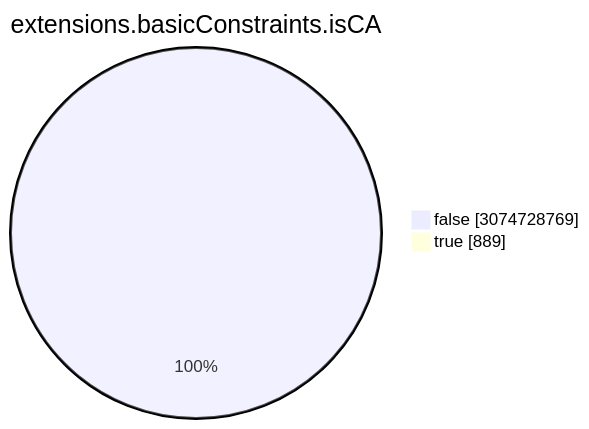
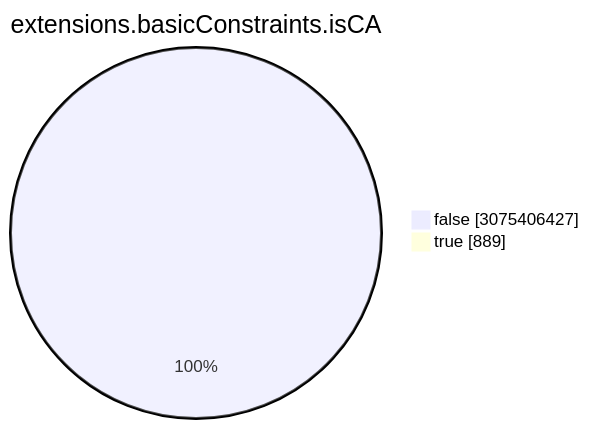
The seventh of 15 diagrams in TOTAL/README.md (christiankrug/ctmonitor_visualization), drawn with Mermaid before and after one commit. The commit also changed other lines of this file, not shown here.

````diff
--- a/TOTAL/README.md
+++ b/TOTAL/README.md
@@ -3088,6 +3088,6 @@
 ```mermaid
 pie showData
 title extensions.basicConstraints.isCA
-"false" :3074728769
+"false" :3075406427
 "true" :889
 ```
````
